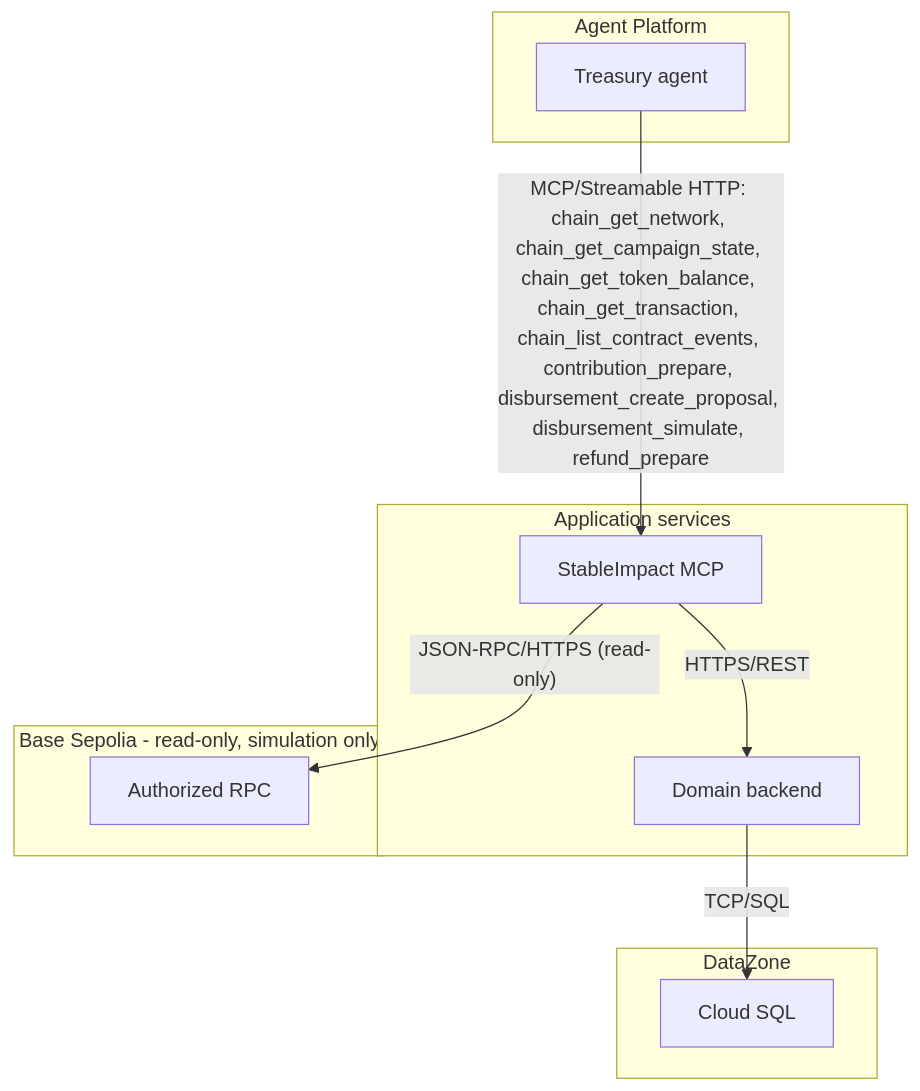
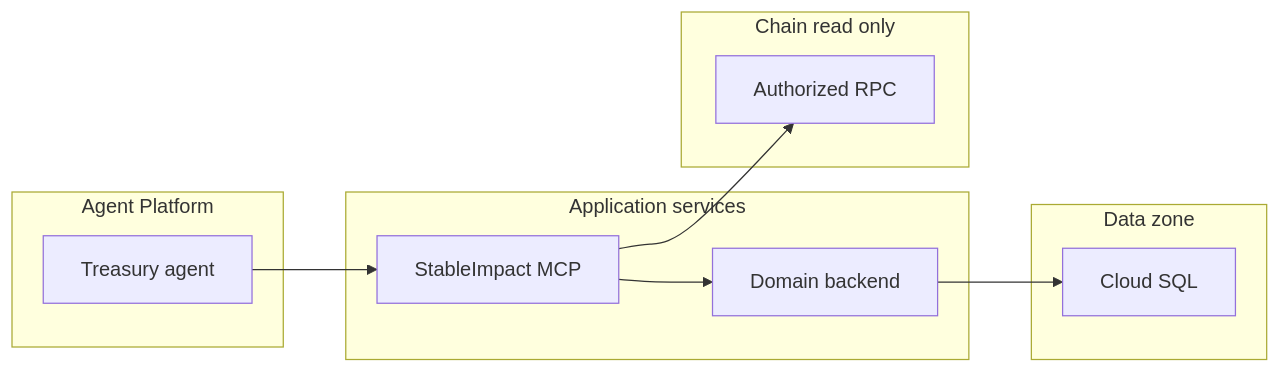
The ninth of 19 diagrams in stableimpact-design.md (eweinmanepam/Documents), drawn with Mermaid before and after one commit. The commit also changed other lines of this file, not shown here.

````diff
--- a/stableimpact-design.md
+++ b/stableimpact-design.md
@@ -327,24 +307,22 @@
 ```mermaid
-flowchart TB
+flowchart LR
   subgraph Platform[Agent Platform]
     AGENT[Treasury agent]
   end
 
   subgraph AppSvc[Application services]
     MCP[StableImpact MCP]
     API[Domain backend]
   end
 
-  subgraph DataZone[DataZone]
+  subgraph DataZone[Data zone]
     SQL[Cloud SQL]
   end
 
-  subgraph Chain[Base Sepolia - read-only, simulation only]
+  subgraph Chain[Chain read only]
     RPC[Authorized RPC]
   end
 
-  AGENT -- MCP/Streamable HTTP: chain_get_network, chain_get_campaign_state, chain_get_token_balance, chain_get_transaction, chain_list_contract_events, contribution_prepare, disbursement_create_proposal, disbursement_simulate, refund_prepare --> MCP
-  MCP -- HTTPS/REST --> API
-  API -- TCP/SQL --> SQL
-  MCP -- JSON-RPC/HTTPS (read-only) --> RPC
+  AGENT --> MCP --> API --> SQL
+  MCP --> RPC
 ```
````
